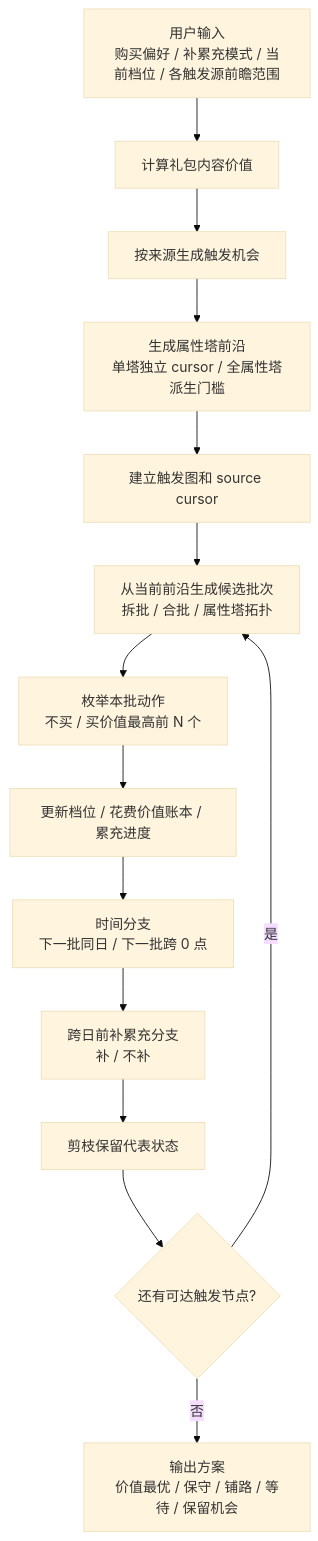
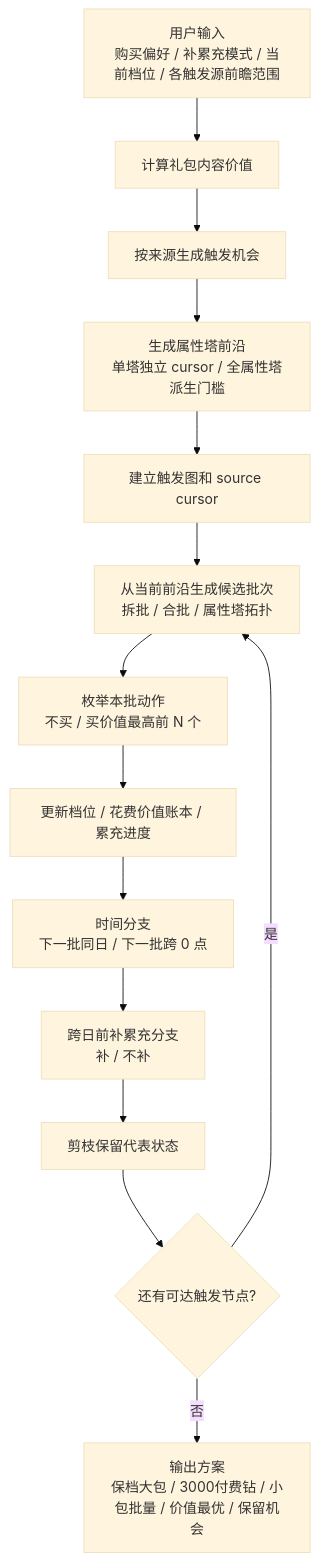
Before and after one commit to hitazuki/mementomori-calculator: the first of 4 diagrams in doc/items/UltraSalePack/path-planning-visual.md, drawn with Mermaid (base theme). The commit also changed other lines of this file and 9 other files, not shown here.

````diff
--- a/doc/items/UltraSalePack/path-planning-visual.md
+++ b/doc/items/UltraSalePack/path-planning-visual.md
@@ -7,16 +7,16 @@
 ```mermaid
 flowchart TD
   A["用户输入<br/>购买偏好 / 补累充模式 / 当前档位 / 各触发源前瞻范围"] --> B["计算礼包内容价值"]
   B --> C["按来源生成触发机会"]
   C --> D["生成属性塔前沿<br/>单塔独立 cursor / 全属性塔派生门槛"]
   D --> E["建立触发图和 source cursor"]
   E --> F["从当前前沿生成候选批次<br/>拆批 / 合批 / 属性塔拓扑"]
   F --> G["枚举本批动作<br/>不买 / 买价值最高前 N 个"]
   G --> H["更新档位 / 花费价值账本 / 累充进度"]
   H --> I["时间分支<br/>下一批同日 / 下一批跨 0 点"]
   I --> J["跨日前补累充分支<br/>补 / 不补"]
   J --> K["剪枝保留代表状态"]
   K --> L{"还有可达触发节点?"}
   L -- "是" --> F
-  L -- "否" --> M["输出方案<br/>价值最优 / 保守 / 铺路 / 等待 / 保留机会"]
+  L -- "否" --> M["输出方案<br/>保档大包 / 3000付费钻 / 小包批量 / 价值最优 / 保留机会"]
 ```
````
